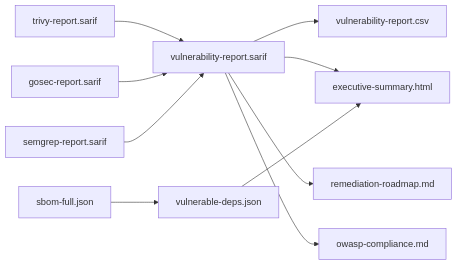
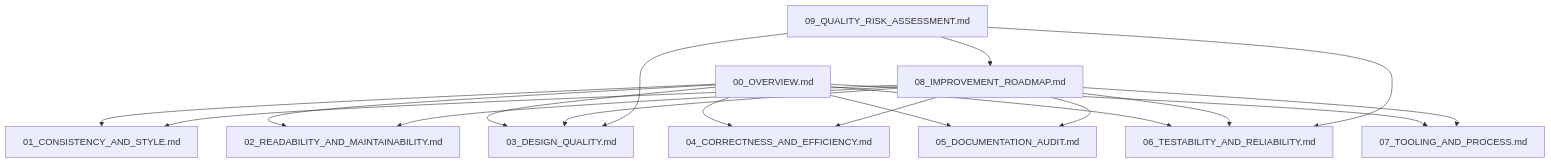
The diagram in blitzy/documentation/Technical Specifications.md (blitzy-public-samples/blitzy-kubernetes), drawn with Mermaid before and after one commit. The commit also changed other lines of this file, not shown here.

````diff
--- a/blitzy/documentation/Technical Specifications.md
+++ b/blitzy/documentation/Technical Specifications.md
@@ -665,12 +316,20 @@
 ```mermaid
-flowchart LR
-    A[trivy-report.sarif] --> D[vulnerability-report.sarif]
-    B[gosec-report.sarif] --> D
-    C[semgrep-report.sarif] --> D
-    D --> E[vulnerability-report.csv]
-    D --> F[executive-summary.html]
-    D --> G[remediation-roadmap.md]
-    D --> H[owasp-compliance.md]
-    I[sbom-full.json] --> J[vulnerable-deps.json]
-    J --> F
+graph TD
+    D00[00_OVERVIEW.md] --> D01[01_CONSISTENCY_AND_STYLE.md]
+    D00 --> D02[02_READABILITY_AND_MAINTAINABILITY.md]
+    D00 --> D03[03_DESIGN_QUALITY.md]
+    D00 --> D04[04_CORRECTNESS_AND_EFFICIENCY.md]
+    D00 --> D05[05_DOCUMENTATION_AUDIT.md]
+    D00 --> D06[06_TESTABILITY_AND_RELIABILITY.md]
+    D00 --> D07[07_TOOLING_AND_PROCESS.md]
+    D08[08_IMPROVEMENT_ROADMAP.md] --> D01
+    D08 --> D02
+    D08 --> D03
+    D08 --> D04
+    D08 --> D05
+    D08 --> D06
+    D08 --> D07
+    D09[09_QUALITY_RISK_ASSESSMENT.md] --> D08
+    D09 --> D06
+    D09 --> D03
 ```
````
